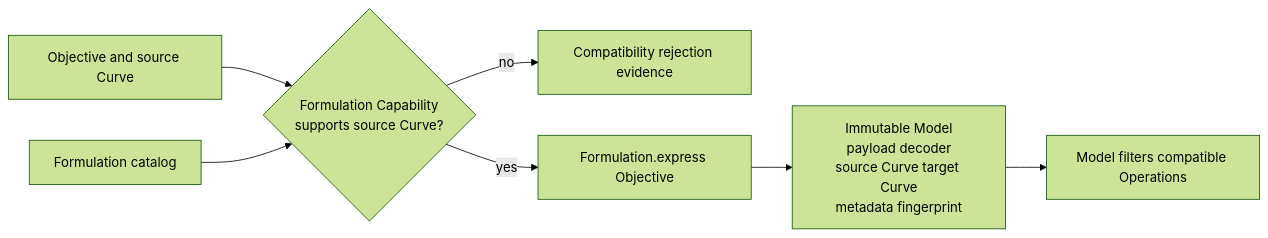
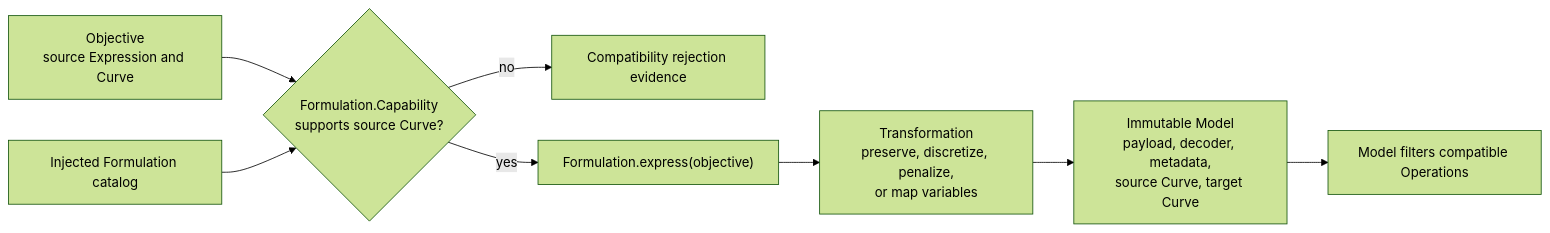
The tenth of 23 diagrams in docs/mermaid-object-collaboration.md (chin/hybrid-ai-quantum-platform), drawn with Mermaid (forest theme) before and after one commit. The commit also changed other lines of this file and 66 other files, not shown here.

````diff
--- a/docs/mermaid-object-collaboration.md
+++ b/docs/mermaid-object-collaboration.md
@@ -153,15 +351,16 @@
 ```mermaid
 flowchart LR
-    O[Objective and source Curve]
-    FC[Formulation catalog]
-    CAP{Formulation Capability<br/>supports source Curve?}
-    REJ[Compatibility rejection evidence]
-    EXP[Formulation.express Objective]
-    M[Immutable Model<br/>payload decoder<br/>source Curve target Curve<br/>metadata fingerprint]
-    OPS[Model filters compatible Operations]
+    O["Objective<br/>source Expression and Curve"]
+    FC["Injected Formulation catalog"]
+    CAP{"Formulation.Capability<br/>supports source Curve?"}
+    REJ["Compatibility rejection evidence"]
+    EXP["Formulation.express(objective)"]
+    TRANS["Transformation<br/>preserve, discretize, penalize,<br/>or map variables"]
+    M["Immutable Model<br/>payload, decoder, metadata,<br/>source Curve, target Curve"]
+    OPS["Model filters compatible Operations"]
 
     O --> CAP
     FC --> CAP
     CAP -->|no| REJ
-    CAP -->|yes| EXP --> M --> OPS
+    CAP -->|yes| EXP --> TRANS --> M --> OPS
 ```
````
